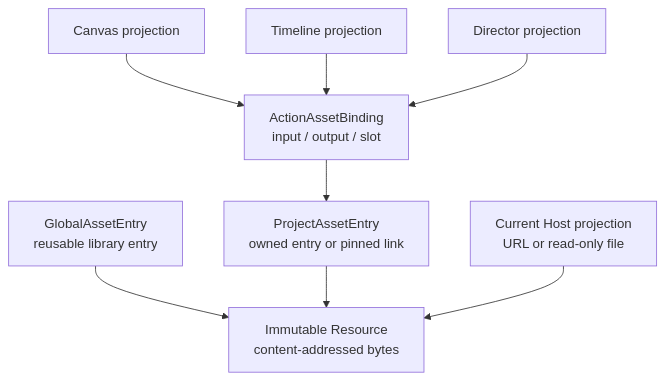
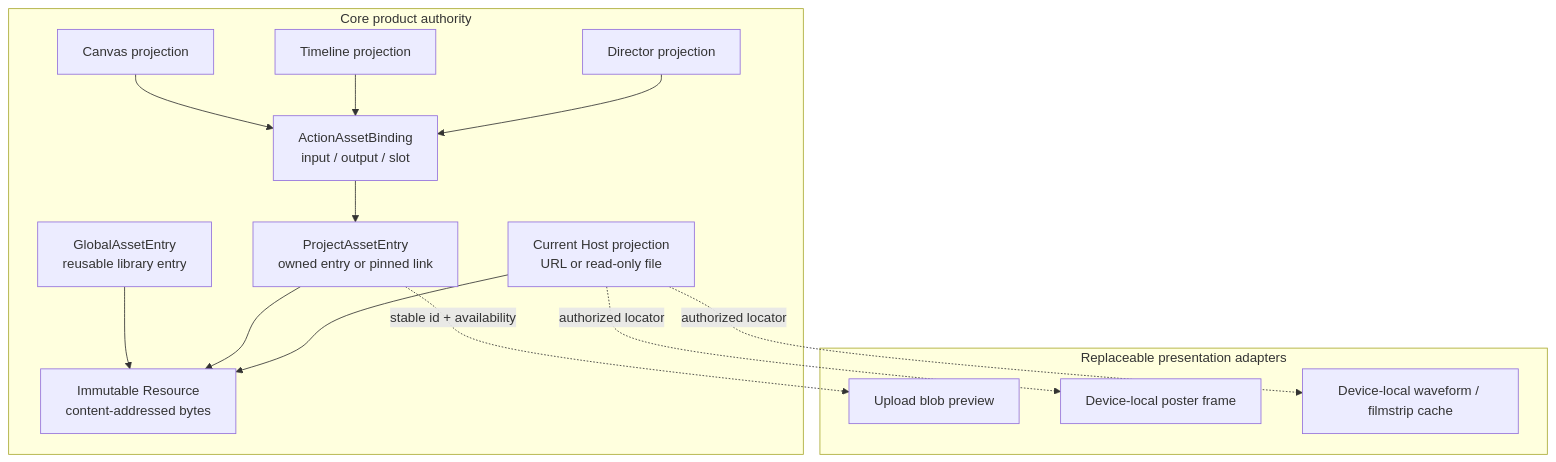
Before and after one commit to clash-space/clash: the first of 7 diagrams in apps/docs/guide/asset-system.md, drawn with Mermaid. The commit also changed other lines of this file and 307 other files, not shown here.

````diff
--- a/apps/docs/guide/asset-system.md
+++ b/apps/docs/guide/asset-system.md
@@ -49,11 +73,21 @@
 ```mermaid
 flowchart TD
+  subgraph core["Core product authority"]
   resource["Immutable Resource\ncontent-addressed bytes"]
   global["GlobalAssetEntry\nreusable library entry"] --> resource
   project["ProjectAssetEntry\nowned entry or pinned link"] --> resource
   action["ActionAssetBinding\ninput / output / slot"] --> project
   canvas["Canvas projection"] --> action
   timeline["Timeline projection"] --> action
   director["Director projection"] --> action
   host["Current Host projection\nURL or read-only file"] --> resource
+  end
+  subgraph presentation["Replaceable presentation adapters"]
+    blob["Upload blob preview"]
+    fallback["Device-local poster frame"]
+    cache["Device-local waveform / filmstrip cache"]
+  end
+  project -. "stable id + availability" .-> blob
+  host -. "authorized locator" .-> fallback
+  host -. "authorized locator" .-> cache
 ```
````
